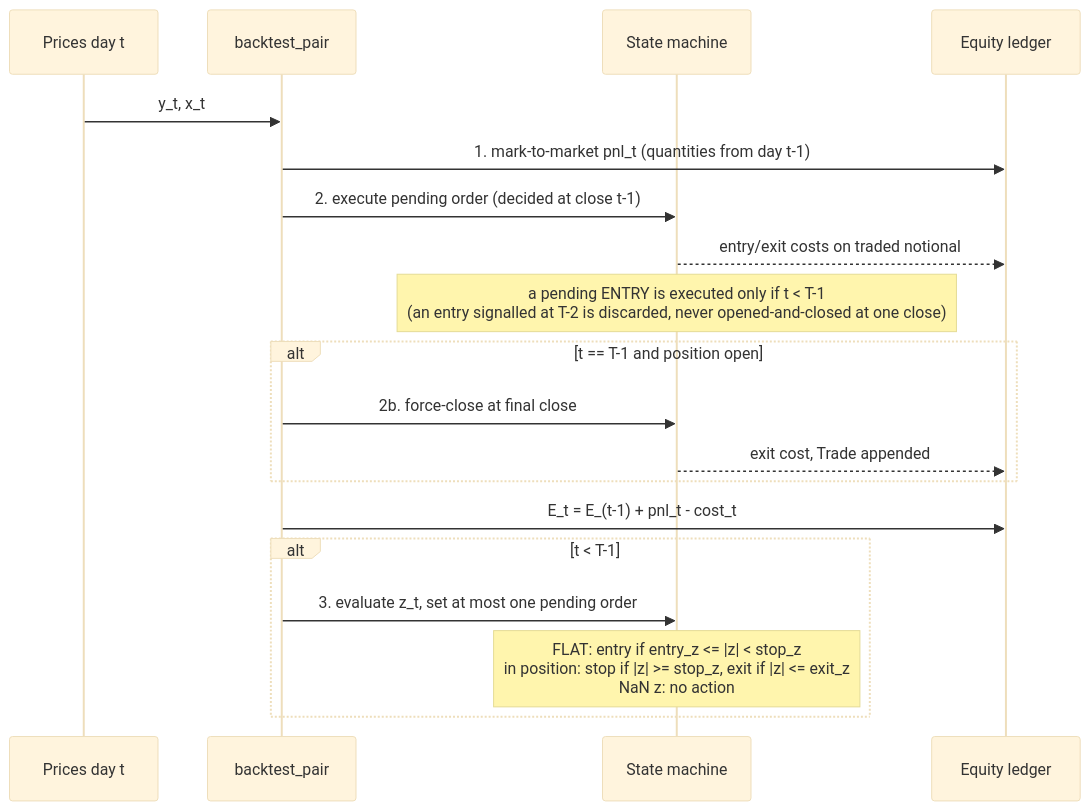
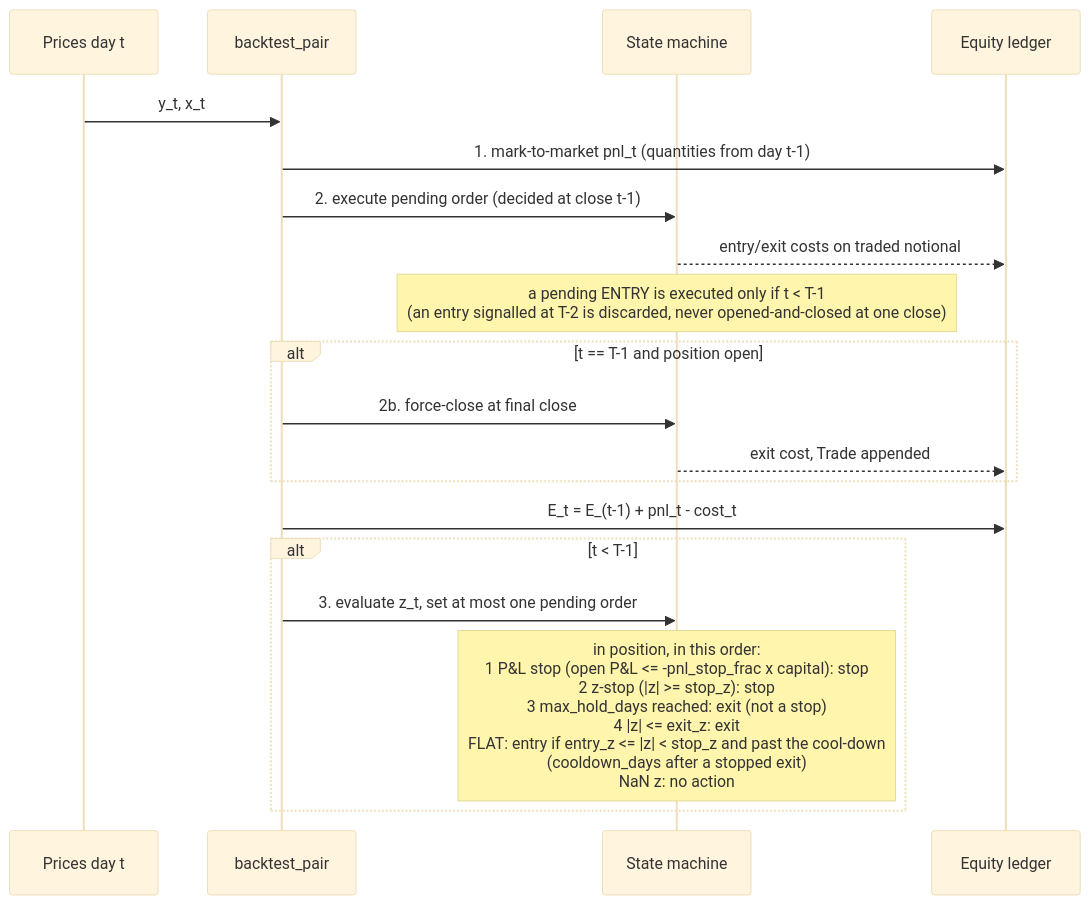
Before and after one commit to AshJha0/statistical-arbitrage: the diagram in docs/diagrams/backtest_day.mmd, drawn with Mermaid (base theme). The commit also changed 87 other files, not shown here.

```diff
--- a/docs/diagrams/backtest_day.mmd
+++ b/docs/diagrams/backtest_day.mmd
@@ -1,19 +1,19 @@
 sequenceDiagram
     participant P as Prices day t
     participant BT as backtest_pair
     participant SM as State machine
     participant EQ as Equity ledger
     P->>BT: y_t, x_t
     BT->>EQ: 1. mark-to-market pnl_t (quantities from day t-1)
     BT->>SM: 2. execute pending order (decided at close t-1)
     SM-->>EQ: entry/exit costs on traded notional
     Note over SM: a pending ENTRY is executed only if t < T-1<br/>(an entry signalled at T-2 is discarded, never opened-and-closed at one close)
     alt t == T-1 and position open
         BT->>SM: 2b. force-close at final close
         SM-->>EQ: exit cost, Trade appended
     end
     BT->>EQ: E_t = E_(t-1) + pnl_t - cost_t
     alt t < T-1
         BT->>SM: 3. evaluate z_t, set at most one pending order
-        Note over SM: FLAT: entry if entry_z <= |z| < stop_z<br/>in position: stop if |z| >= stop_z, exit if |z| <= exit_z<br/>NaN z: no action
+        Note over SM: in position, in this order:<br/>1 P&L stop (open P&L <= -pnl_stop_frac x capital): stop<br/>2 z-stop (|z| >= stop_z): stop<br/>3 max_hold_days reached: exit (not a stop)<br/>4 |z| <= exit_z: exit<br/>FLAT: entry if entry_z <= |z| < stop_z and past the cool-down<br/>(cooldown_days after a stopped exit)<br/>NaN z: no action
     end
```
